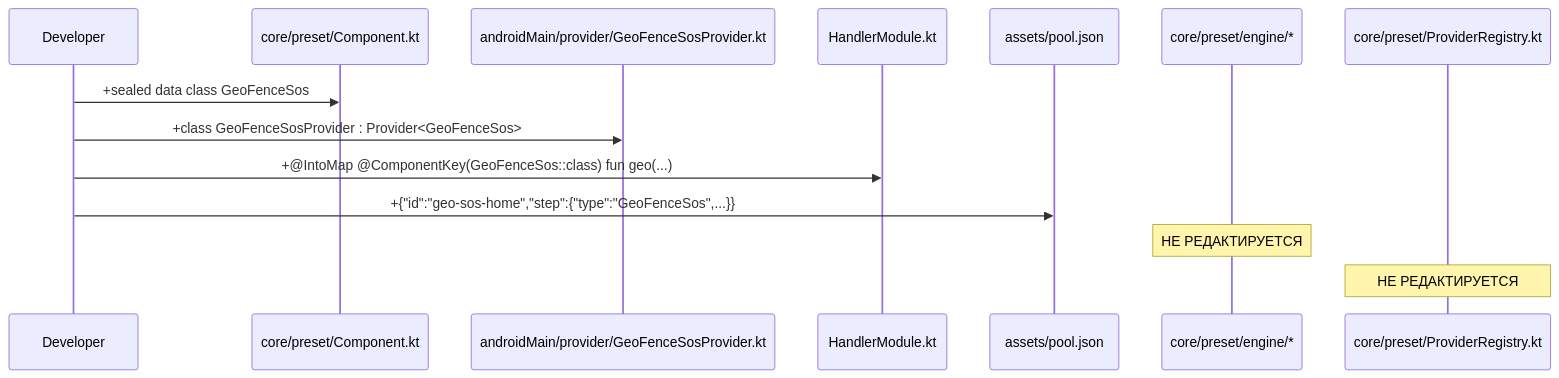
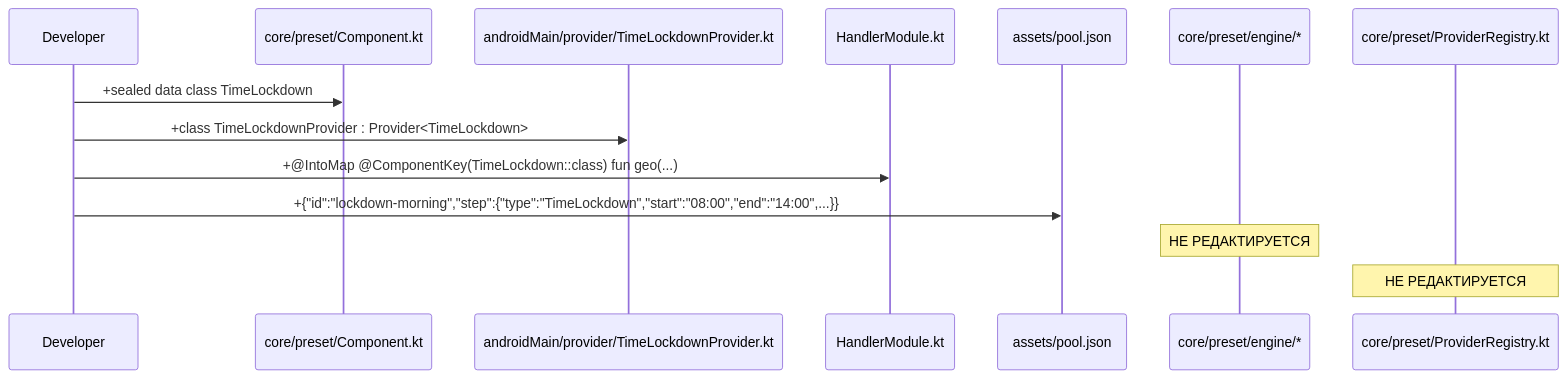
Before and after one commit to jeromwork/launcher: the sixth of 6 diagrams in specs/task-120-preset-composition-foundation/spec.md, drawn with Mermaid. The commit also changed other lines of this file and 2 other files, not shown here.

````diff
--- a/specs/task-120-preset-composition-foundation/spec.md
+++ b/specs/task-120-preset-composition-foundation/spec.md
@@ -404,16 +415,16 @@
 ```mermaid
 sequenceDiagram
   participant DEV as Developer
   participant CO as core/preset/Component.kt
-  participant AN as androidMain/provider/GeoFenceSosProvider.kt
+  participant AN as androidMain/provider/TimeLockdownProvider.kt
   participant DI as HandlerModule.kt
   participant PJ as assets/pool.json
   participant EN as core/preset/engine/*
   participant PR as core/preset/ProviderRegistry.kt
-  DEV->>CO: +sealed data class GeoFenceSos
-  DEV->>AN: +class GeoFenceSosProvider : Provider<GeoFenceSos>
-  DEV->>DI: +@IntoMap @ComponentKey(GeoFenceSos::class) fun geo(...)
-  DEV->>PJ: +{"id":"geo-sos-home","step":{"type":"GeoFenceSos",...}}
+  DEV->>CO: +sealed data class TimeLockdown
+  DEV->>AN: +class TimeLockdownProvider : Provider<TimeLockdown>
+  DEV->>DI: +@IntoMap @ComponentKey(TimeLockdown::class) fun geo(...)
+  DEV->>PJ: +{"id":"lockdown-morning","step":{"type":"TimeLockdown","start":"08:00","end":"14:00",...}}
   Note over EN: НЕ РЕДАКТИРУЕТСЯ
   Note over PR: НЕ РЕДАКТИРУЕТСЯ
 ```
````
